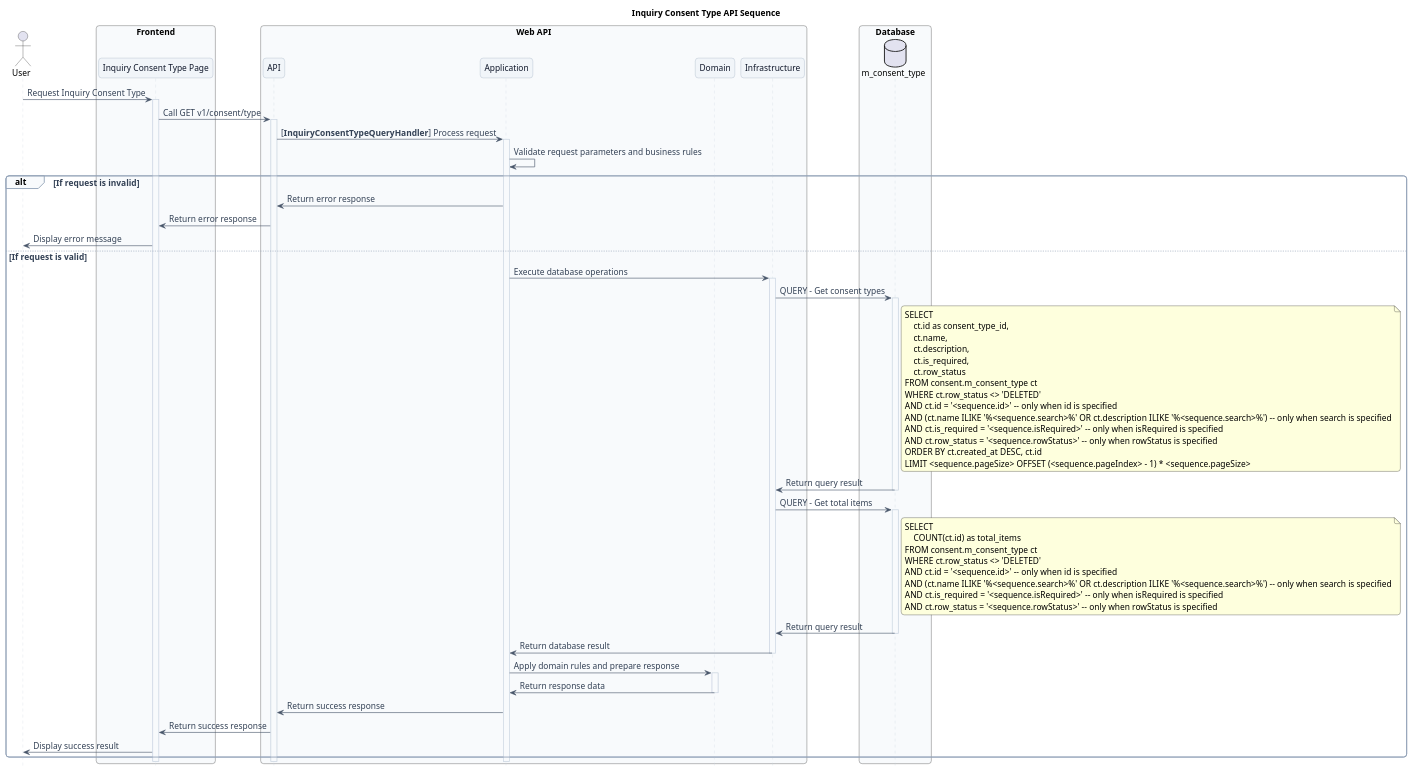
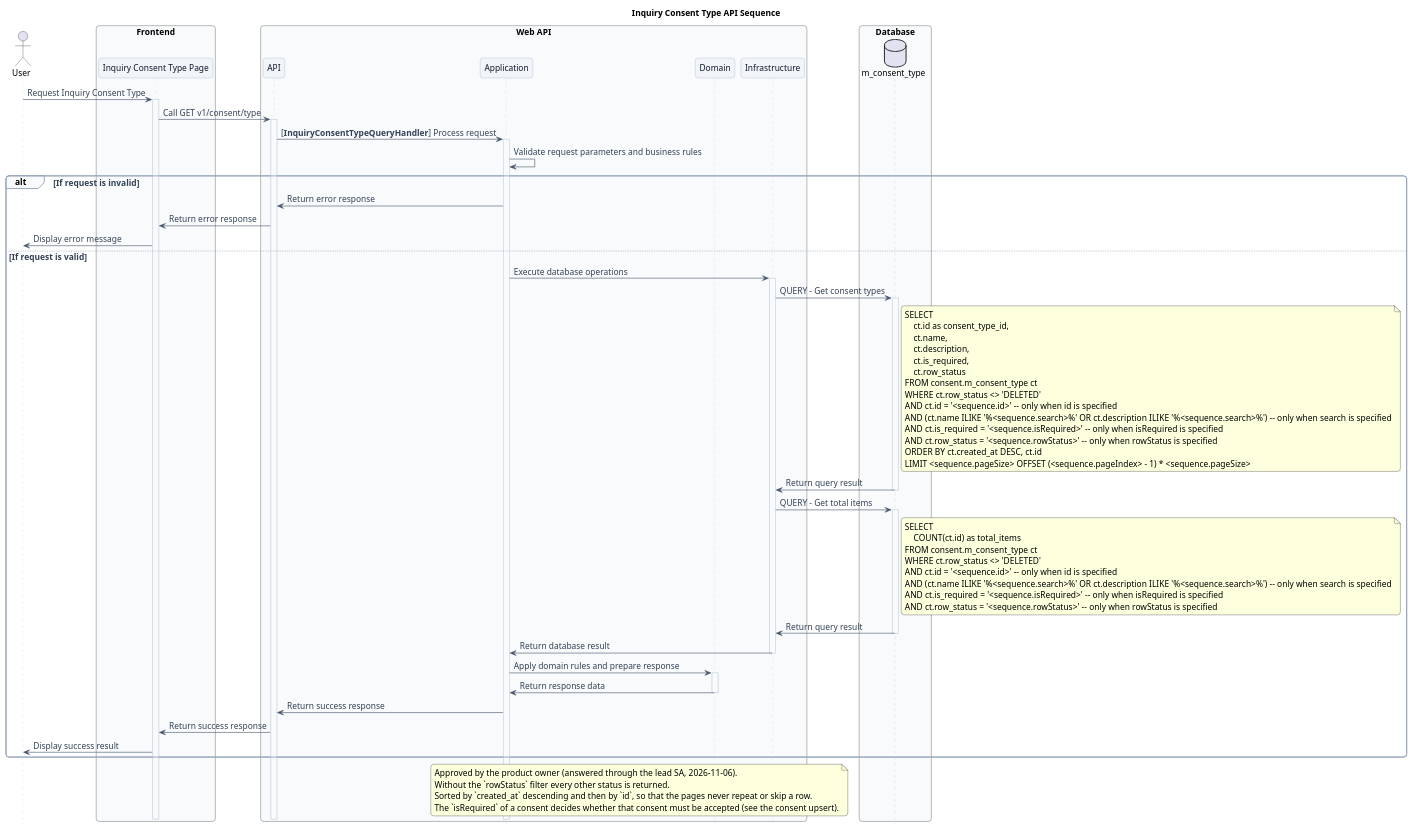
One commit to ittikornsopawan/system-analysis-and-design changed the diagram in e-commerce/doc/api/consent/08-inquiry-consent-type/sequence.wsd. Above: the diagram before and after it, drawn with PlantUML. The commit also changed 13 other files, not shown here.

```diff
--- a/e-commerce/doc/api/consent/08-inquiry-consent-type/sequence.wsd
+++ b/e-commerce/doc/api/consent/08-inquiry-consent-type/sequence.wsd
@@ -1,112 +1,118 @@
 @startuml InquiryConsentType Sequence
 
 title Inquiry Consent Type API Sequence
 
 ' Visual style
 skinparam defaultFontName "Sarabun"
 skinparam defaultFontSize 14
 skinparam backgroundColor #FFFFFF
 skinparam shadowing false
 skinparam roundcorner 10
 skinparam sequence {
     ArrowColor #475569
     ArrowFontColor #334155
     LifeLineBorderColor #CBD5E1
     LifeLineBackgroundColor #F8FAFC
     ParticipantBorderColor #94A3B8
     ParticipantBackgroundColor #F1F5F9
     ParticipantFontColor #0F172A
     GroupBorderColor #94A3B8
     GroupBackgroundColor #F8FAFC
     GroupFontColor #334155
 }
 
 ' Do not show participant footers at the bottom of the diagram
 hide footbox
 
 
 actor "User" as user
 
 box "Frontend" #F8FAFC
     participant "Inquiry Consent Type Page" as page
 end box
 
 box "Web API" #F8FAFC
     participant "API" as api
     participant "Application" as app
     participant "Domain" as domain
     participant "Infrastructure" as infra
 end box
 
 box "Database" #F8FAFC
     database "m_consent_type" as m_consent_type
 end box
 
 user -> page: Request Inquiry Consent Type
 
 activate page
     page -> api: Call GET v1/consent/type
     activate api
         api -> app: [**InquiryConsentTypeQueryHandler**] Process request
         activate app
             app -> app: Validate request parameters and business rules
             alt If request is invalid
                 app -> api: Return error response
                 api -> page: Return error response
                 page -> user: Display error message
             else If request is valid
                 app -> infra: Execute database operations
                 activate infra
                     infra -> m_consent_type: QUERY - Get consent types
                     activate m_consent_type
                         note right of m_consent_type
                             SELECT
                                 ct.id as consent_type_id,
                                 ct.name,
                                 ct.description,
                                 ct.is_required,
                                 ct.row_status
                             FROM consent.m_consent_type ct
                             WHERE ct.row_status <> 'DELETED'
                             AND ct.id = '<sequence.id>' -- only when id is specified
                             AND (ct.name ILIKE '%<sequence.search>%' OR ct.description ILIKE '%<sequence.search>%') -- only when search is specified
                             AND ct.is_required = '<sequence.isRequired>' -- only when isRequired is specified
                             AND ct.row_status = '<sequence.rowStatus>' -- only when rowStatus is specified
                             ORDER BY ct.created_at DESC, ct.id
                             LIMIT <sequence.pageSize> OFFSET (<sequence.pageIndex> - 1) * <sequence.pageSize>
                         end note
                         m_consent_type -> infra: Return query result
                     deactivate m_consent_type
 
                     infra -> m_consent_type: QUERY - Get total items
                     activate m_consent_type
                         note right of m_consent_type
                             SELECT
                                 COUNT(ct.id) as total_items
                             FROM consent.m_consent_type ct
                             WHERE ct.row_status <> 'DELETED'
                             AND ct.id = '<sequence.id>' -- only when id is specified
                             AND (ct.name ILIKE '%<sequence.search>%' OR ct.description ILIKE '%<sequence.search>%') -- only when search is specified
                             AND ct.is_required = '<sequence.isRequired>' -- only when isRequired is specified
                             AND ct.row_status = '<sequence.rowStatus>' -- only when rowStatus is specified
                         end note
                         m_consent_type -> infra: Return query result
                     deactivate m_consent_type
 
                     infra -> app: Return database result
                 deactivate infra
 
                 app -> domain: Apply domain rules and prepare response
                 activate domain
                     domain -> app: Return response data
                 deactivate domain
 
                 app -> api: Return success response
                 api -> page: Return success response
                 page -> user: Display success result
             end alt
+        note over app, infra
+            Approved by the product owner (answered through the lead SA, 2026-11-06).
+            Without the `rowStatus` filter every other status is returned.
+            Sorted by `created_at` descending and then by `id`, so that the pages never repeat or skip a row.
+            The `isRequired` of a consent decides whether that consent must be accepted (see the consent upsert).
+        end note
         deactivate app
     deactivate api
 deactivate page
 
 @enduml
```
